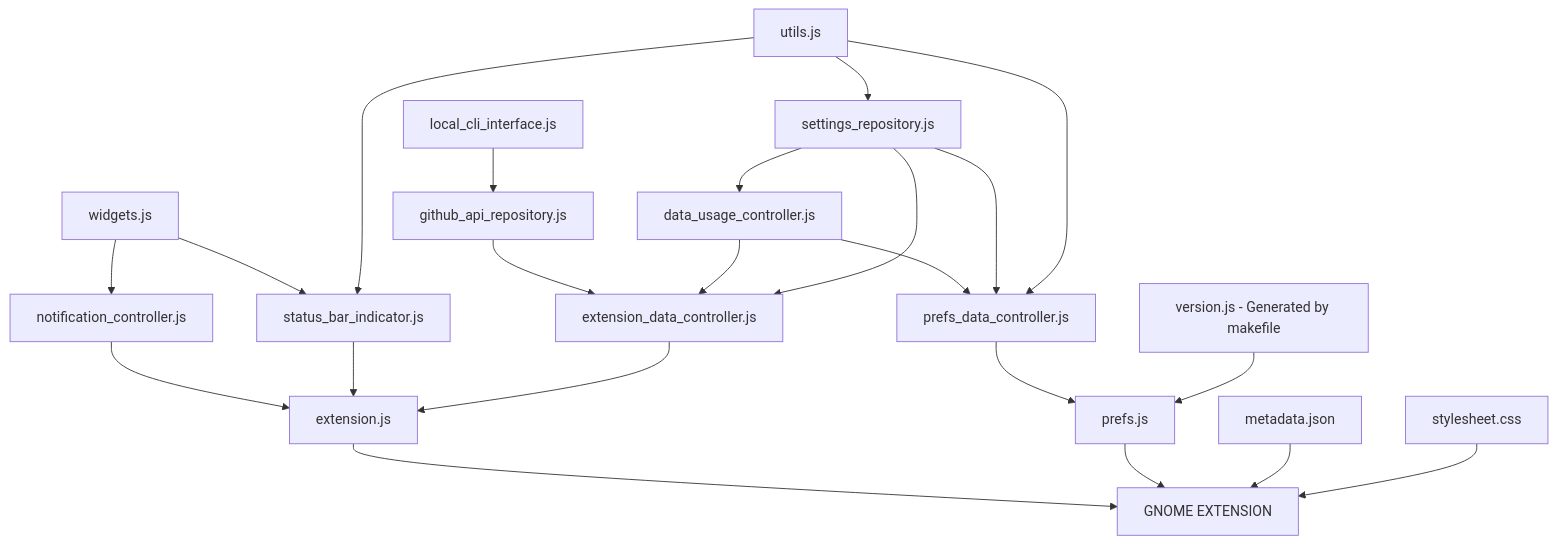
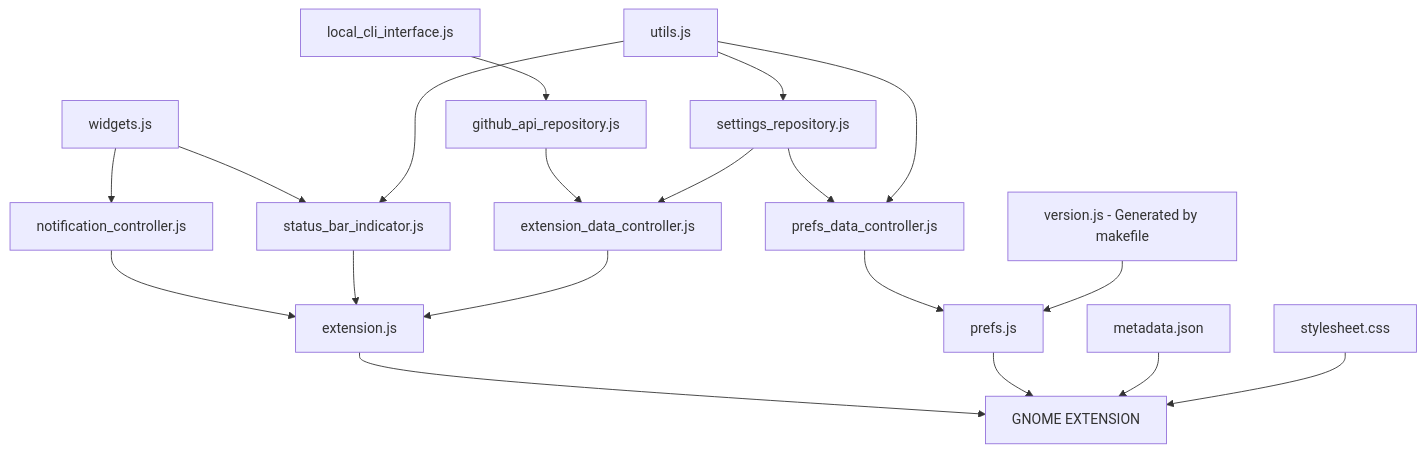
One commit to arononak/github-actions-gnome-extension changed the diagram in README.md. Above: the diagram before and after it, drawn with Mermaid. The commit also changed 7 other files, not shown here.

Commit message:
Merged DataUsageController & SettingsRepository

````diff
--- a/README.md
+++ b/README.md
@@ -55,26 +55,23 @@
 ```mermaid
 graph TD;
     local_cli_interface.js-->github_api_repository.js;
     github_api_repository.js-->extension_data_controller.js;
     widgets.js-->status_bar_indicator.js;
     widgets.js-->notification_controller.js;
     notification_controller.js-->extension.js;
     status_bar_indicator.js-->extension.js;
-    data_usage_controller.js-->extension_data_controller.js;
+    settings_repository.js-->extension_data_controller.js;
     extension_data_controller.js-->extension.js;
-    settings_repository.js-->data_usage_controller.js;
     utils.js-->status_bar_indicator.js;
     utils.js-->settings_repository.js;
-    data_usage_controller.js-->prefs_data_controller.js;
     settings_repository.js-->prefs_data_controller.js;
-    settings_repository.js-->extension_data_controller.js;
     utils.js-->prefs_data_controller.js;
     prefs_data_controller.js-->prefs.js
 
     version.js[version.js - Generated by makefile]-->prefs.js;
 
     extension.js-->EXTENSION[GNOME EXTENSION]
     prefs.js-->EXTENSION[GNOME EXTENSION]
     metadata.json-->EXTENSION[GNOME EXTENSION]
     stylesheet.css-->EXTENSION[GNOME EXTENSION]
 ```
````
